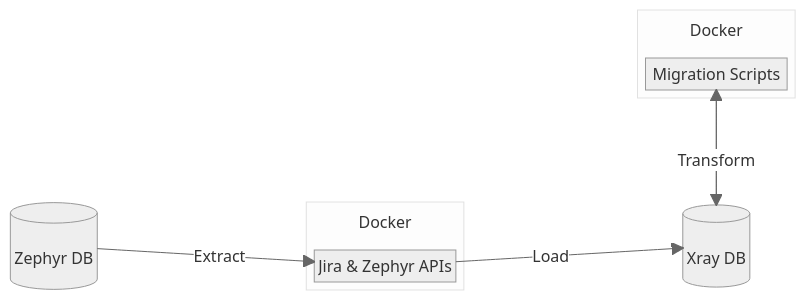
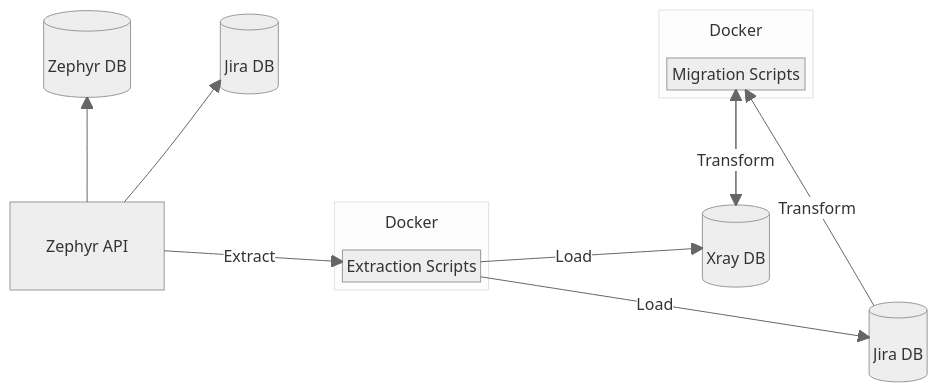
One commit to Xray-App/xray-zephyr-migration changed the first of 2 diagrams in README.md. Above: the diagram before and after it, drawn with Mermaid (neutral theme). The commit also changed other lines of this file and 1 other file, not shown here.

````diff
--- a/README.md
+++ b/README.md
@@ -7,28 +7,41 @@
 ```mermaid
 ---
 title: Data Migration from Zephyr to Xray
 ---
 block-beta
-columns 5
-
-space:4
+columns 6
+%% First row
+zdb[("\nZephyr DB")]:1
+zjdb[("\nJira DB")]:1
+space:2
 block:migd["Docker\n\n\n"]
     columns 1
     space
     migrate["Migration Scripts"]
 end
-space:5
-zdb[("\nZephyr DB")]:1
+space
+%% Second row
+space:6
+%% Third row
+zapi["Zephyr API"]:1
 space
 block:apd[("Docker\n\n\n")]
     columns 1
     space
-    ap["Jira & Zephyr APIs"]
+    ap["Extraction Scripts"]
 end
 space
 xdb[("\nXray DB")]:1
-zdb -- "Extract" --> ap
+space
+%% Fourth row
+space:5
+xjdb[("\nJira DB")]:1
+zapi --> zdb
+zapi --> zjdb
+zapi -- "Extract" --> ap
 ap -- "Load" --> xdb
+ap -- "Load" --> xjdb
 migrate --> xdb
 xdb -- "Transform" --> migrate
+xjdb -- "Transform" --> migrate
 ```
````
